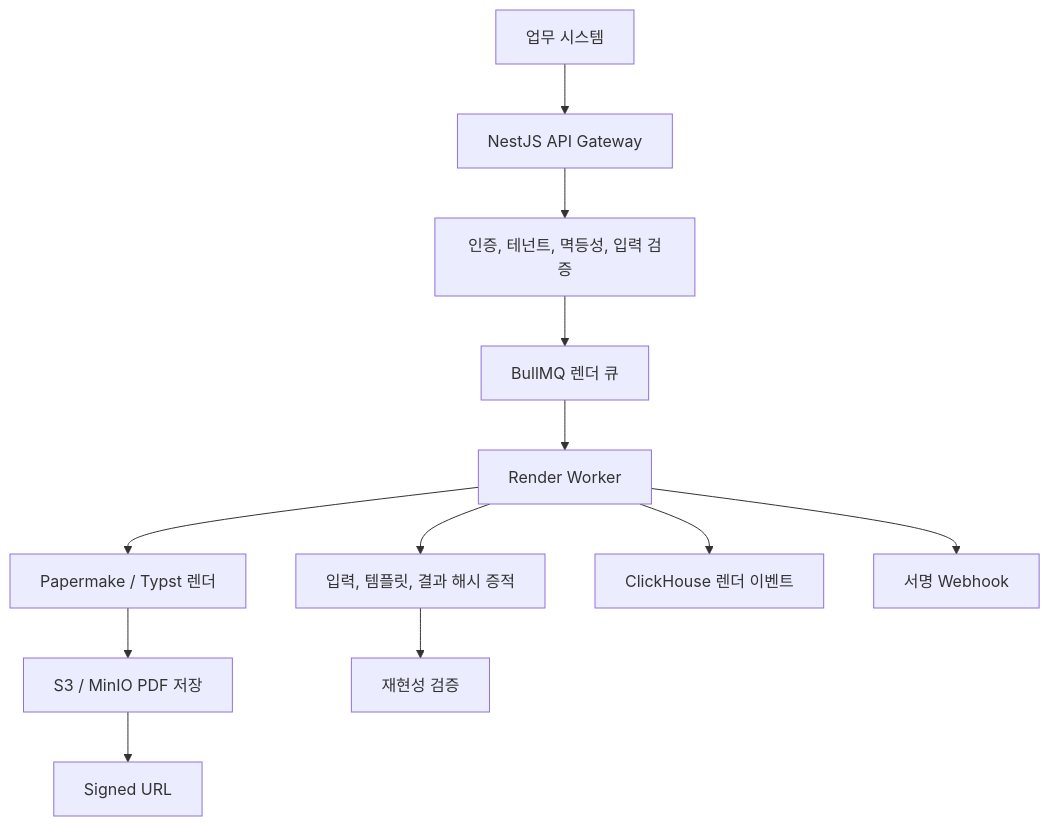
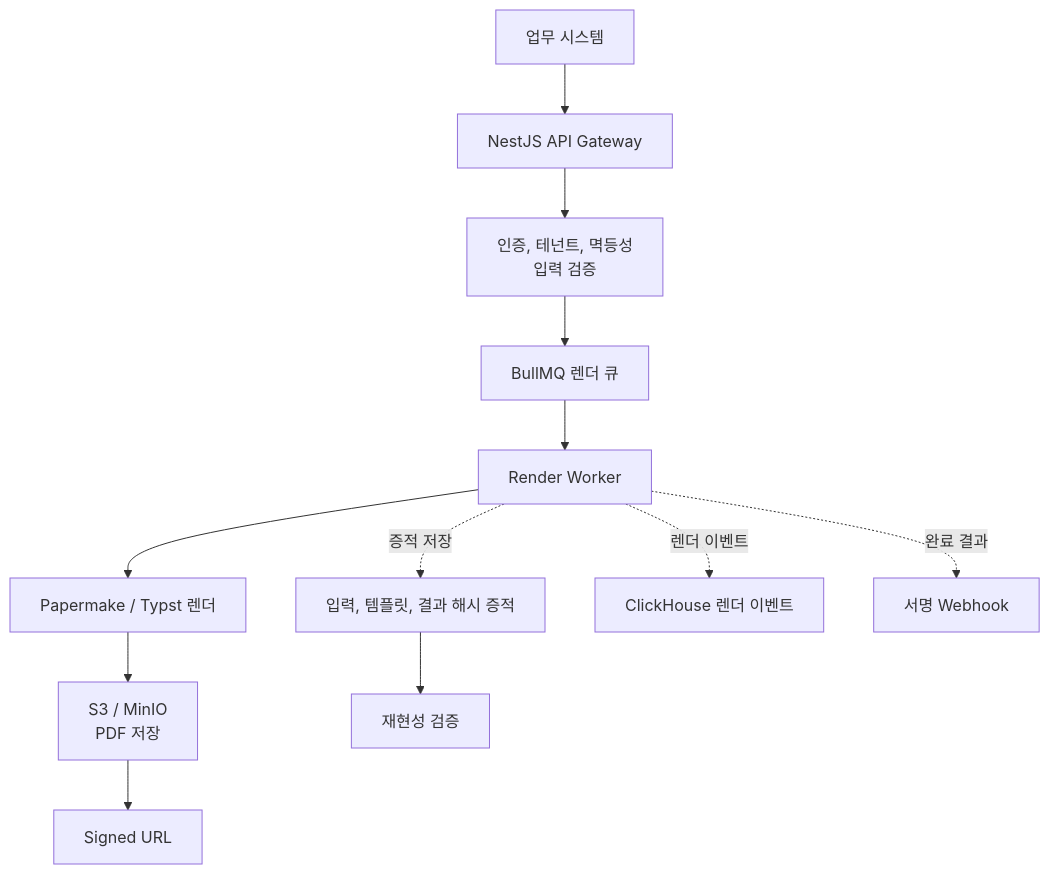
Before and after one commit to KimHG1995/work-history: the diagram in projects/papertrail/platform.md, drawn with Mermaid. The commit also changed 18 other files, not shown here.

Commit message:
docs: 공개 Mermaid 다이어그램 가독성 전수 개선

````diff
--- a/projects/papertrail/platform.md
+++ b/projects/papertrail/platform.md
@@ -130,14 +130,14 @@
 ```mermaid
 flowchart TD
     client["업무 시스템"] --> gateway["NestJS API Gateway"]
-    gateway --> auth["인증, 테넌트, 멱등성, 입력 검증"]
+    gateway --> auth["인증, 테넌트, 멱등성<br/>입력 검증"]
     auth --> queue["BullMQ 렌더 큐"]
     queue --> worker["Render Worker"]
     worker --> renderer["Papermake / Typst 렌더"]
-    renderer --> storage["S3 / MinIO PDF 저장"]
-    worker --> evidence["입력, 템플릿, 결과 해시 증적"]
-    worker --> analytics["ClickHouse 렌더 이벤트"]
-    worker --> webhook["서명 Webhook"]
+    renderer --> storage["S3 / MinIO<br/>PDF 저장"]
+    worker -.->|증적 저장| evidence["입력, 템플릿, 결과 해시 증적"]
+    worker -.->|렌더 이벤트| analytics["ClickHouse 렌더 이벤트"]
+    worker -.->|완료 결과| webhook["서명 Webhook"]
     storage --> signed["Signed URL"]
     evidence --> verify["재현성 검증"]
 ```
````
